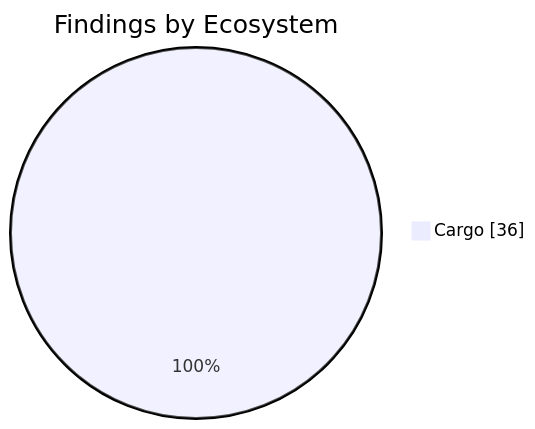
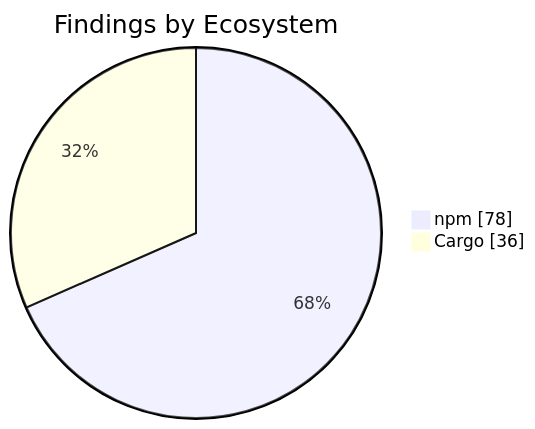
The second of 2 diagrams in apps/kbve/astro-kbve/src/content/docs/dashboard/security.mdx (KBVE/kbve), drawn with Mermaid before and after one commit. The commit also changed other lines of this file and 7 other files, not shown here.

````diff
--- a/apps/kbve/astro-kbve/src/content/docs/dashboard/security.mdx
+++ b/apps/kbve/astro-kbve/src/content/docs/dashboard/security.mdx
@@ -70,5 +73,6 @@
 ```mermaid
 pie showData
     title Findings by Ecosystem
+    "npm" : 78
     "Cargo" : 36
 ```
````
